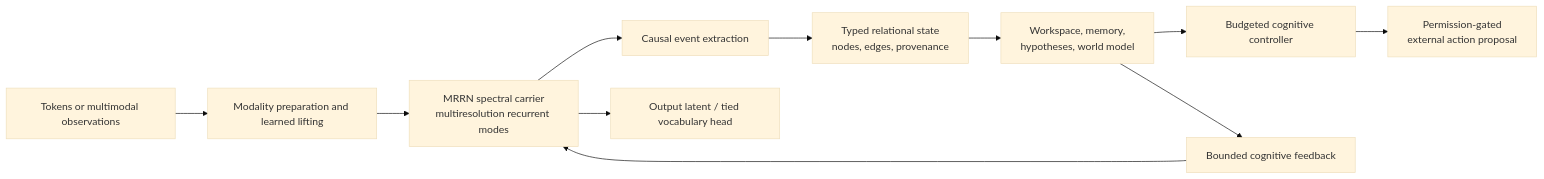
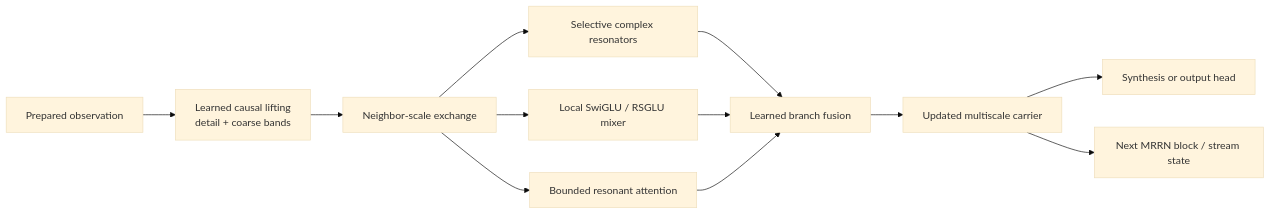
The first of 3 diagrams in README.md (leatherman55/MRCRA), drawn with Mermaid (base theme) before and after one commit. The commit also changed other lines of this file, not shown here.

First line of the commit message:
Expand README architecture overview (#1)

````diff
--- a/README.md
+++ b/README.md
@@ -57,13 +99,14 @@
 ```mermaid
 flowchart LR
-    A["Tokens or multimodal observations"] --> B["Modality preparation and learned lifting"]
-    B --> C["MRRN spectral carrier<br/>multiresolution recurrent modes"]
-    C --> D["Causal event extraction"]
-    D --> E["Typed relational state<br/>nodes, edges, provenance"]
-    E --> F["Workspace, memory,<br/>hypotheses, world model"]
-    F --> G["Budgeted cognitive controller"]
-    G --> H["Permission-gated<br/>external action proposal"]
-    F --> I["Bounded cognitive feedback"]
-    I --> C
-    C --> J["Output latent / tied vocabulary head"]
+    A["Prepared observation"] --> B["Learned causal lifting<br/>detail + coarse bands"]
+    B --> C["Neighbor-scale exchange"]
+    C --> D["Selective complex resonators"]
+    C --> E["Local SwiGLU / RSGLU mixer"]
+    C --> F["Bounded resonant attention"]
+    D --> G["Learned branch fusion"]
+    E --> G
+    F --> G
+    G --> H["Updated multiscale carrier"]
+    H --> I["Synthesis or output head"]
+    H --> J["Next MRRN block / stream state"]
 ```
````
